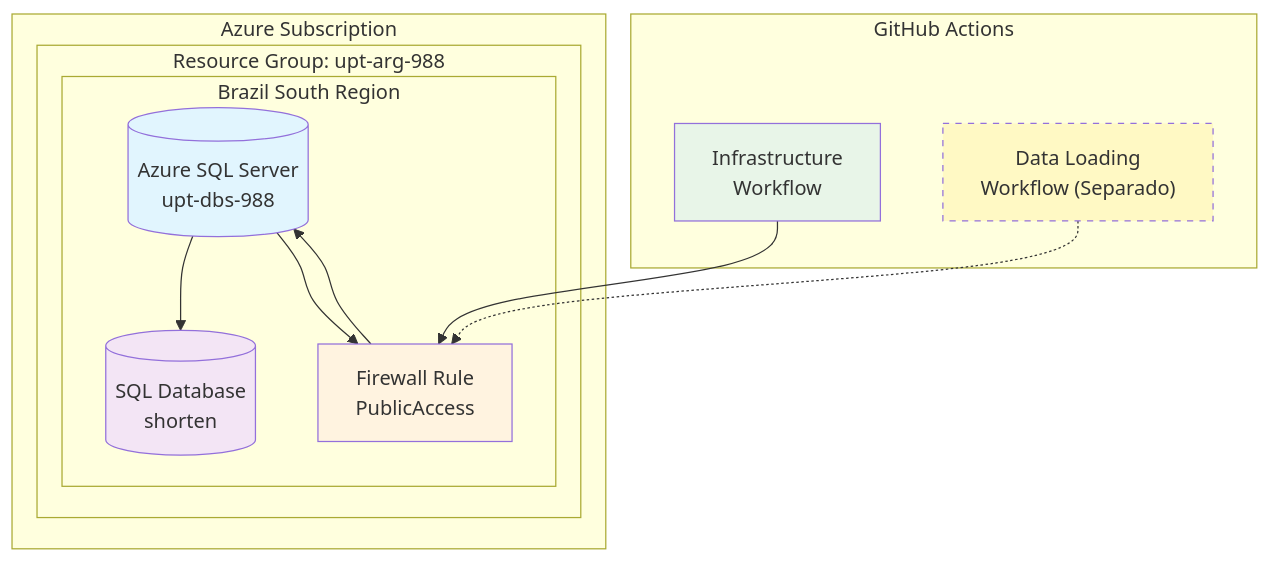
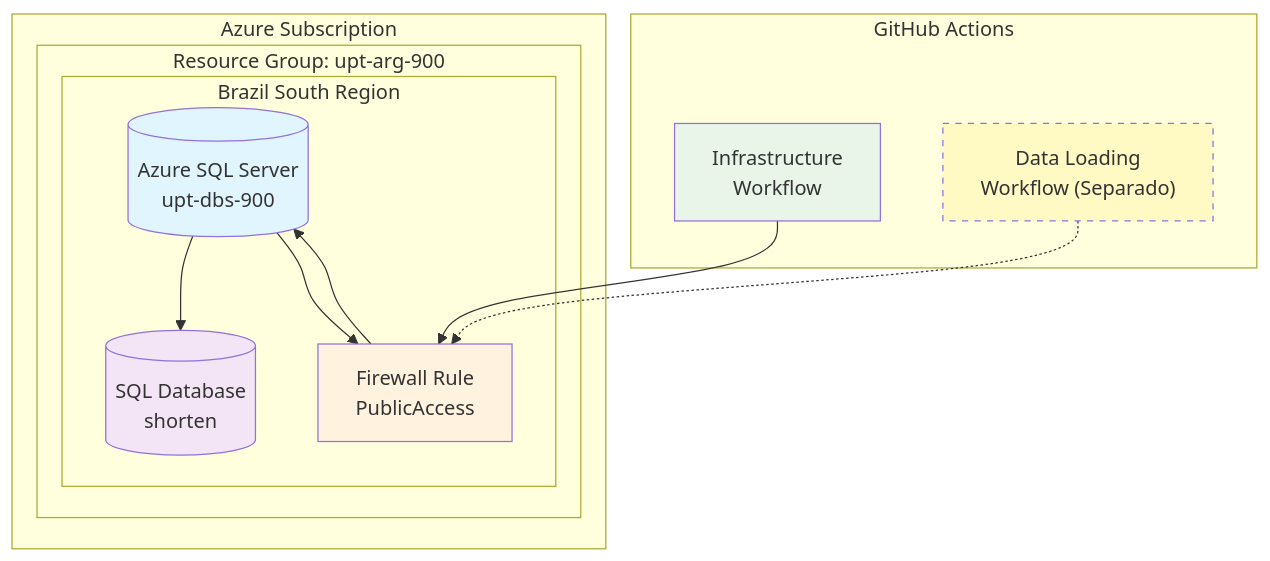
The second of 2 diagrams in diagrams/infrastructure-diagram.md (UPT-FAING-EPIS/examen-2025-ii-pds-u1-SebastianFuentesAvalos), drawn with Mermaid before and after one commit. The commit also changed other lines of this file and 4 other files, not shown here.

````diff
--- a/diagrams/infrastructure-diagram.md
+++ b/diagrams/infrastructure-diagram.md
@@ -22,30 +22,30 @@
 ```mermaid
 graph TB
     subgraph "Azure Subscription"
-        subgraph "Resource Group: upt-arg-988"
+        subgraph "Resource Group: upt-arg-900"
             subgraph "Brazil South Region"
-                SQL[("Azure SQL Server<br/>upt-dbs-988")]
+                SQL[("Azure SQL Server<br/>upt-dbs-900")]
                 DB[("SQL Database<br/>shorten")]
                 FW["Firewall Rule<br/>PublicAccess"]
                 
                 SQL --> DB
                 SQL --> FW
             end
         end
     end
     
     subgraph "GitHub Actions"
         WF["Infrastructure<br/>Workflow"]
         DATA["Data Loading<br/>Workflow (Separado)"]
     end
     
     WF --> FW
     DATA -.-> FW
     FW --> SQL
     
     style SQL fill:#e1f5fe
     style DB fill:#f3e5f5
     style FW fill:#fff3e0
     style WF fill:#e8f5e8
     style DATA fill:#fff9c4,stroke-dasharray: 5 5
 ```
````
